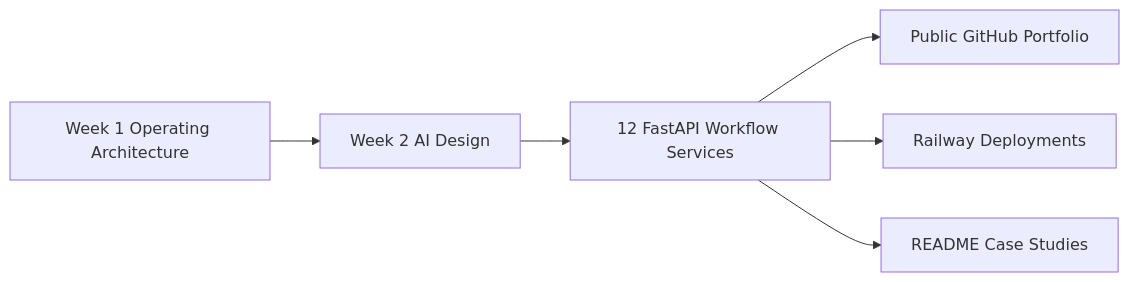
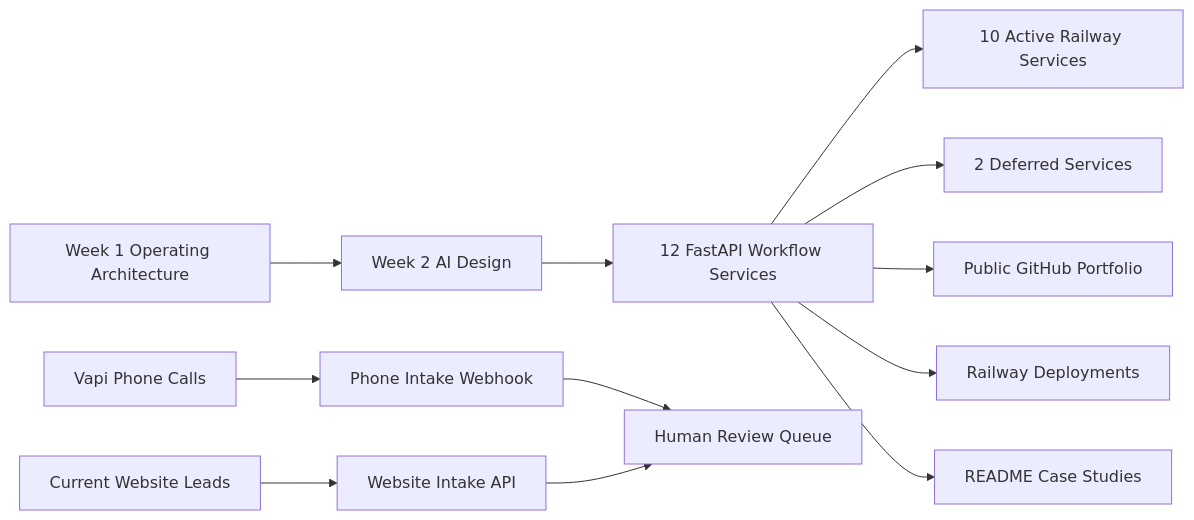
The diagram in README.md (dkdejesus/precision-auto-body-automation-portfolio), drawn with Mermaid before and after one commit. The commit also changed other lines of this file and 1 other file, not shown here.

````diff
--- a/README.md
+++ b/README.md
@@ -37,8 +56,14 @@
 ```mermaid
 flowchart LR
     Architecture["Week 1 Operating Architecture"] --> Design["Week 2 AI Design"]
     Design --> Services["12 FastAPI Workflow Services"]
+    Services --> Active["10 Active Railway Services"]
+    Services --> Deferred["2 Deferred Services"]
+    Calls["Vapi Phone Calls"] --> Phone["Phone Intake Webhook"]
+    Website["Current Website Leads"] --> WebIntake["Website Intake API"]
+    Phone --> Review["Human Review Queue"]
+    WebIntake --> Review
     Services --> GitHub["Public GitHub Portfolio"]
     Services --> Railway["Railway Deployments"]
     Services --> CaseStudies["README Case Studies"]
 ```
````
